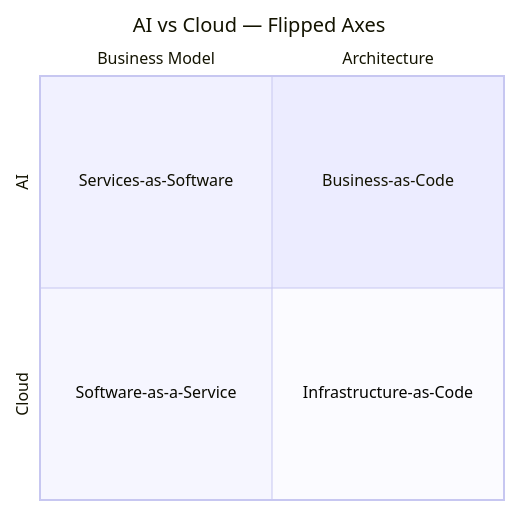
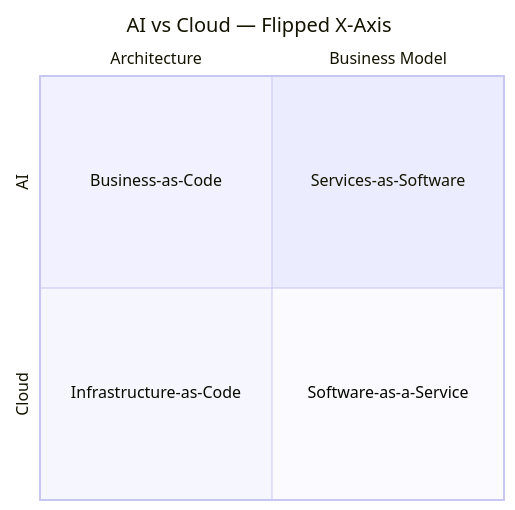
One commit to nathanclevenger/services-as-software changed the diagram in README.md. Above: the diagram before and after it, drawn with Mermaid.

````diff
--- a/README.md
+++ b/README.md
@@ -21,11 +21,11 @@
 ```mermaid
 quadrantChart
-    title AI vs Cloud — Flipped Axes
-    x-axis Business Model --> Architecture
+    title AI vs Cloud — Flipped X-Axis
+    x-axis Architecture --> Business Model
     y-axis Cloud --> AI
 
-    quadrant-1 Business-as-Code
-    quadrant-2 Services-as-Software
-    quadrant-3 Software-as-a-Service
-    quadrant-4 Infrastructure-as-Code
+    quadrant-1 Services-as-Software
+    quadrant-2 Business-as-Code
+    quadrant-3 Infrastructure-as-Code
+    quadrant-4 Software-as-a-Service
 ```
````
